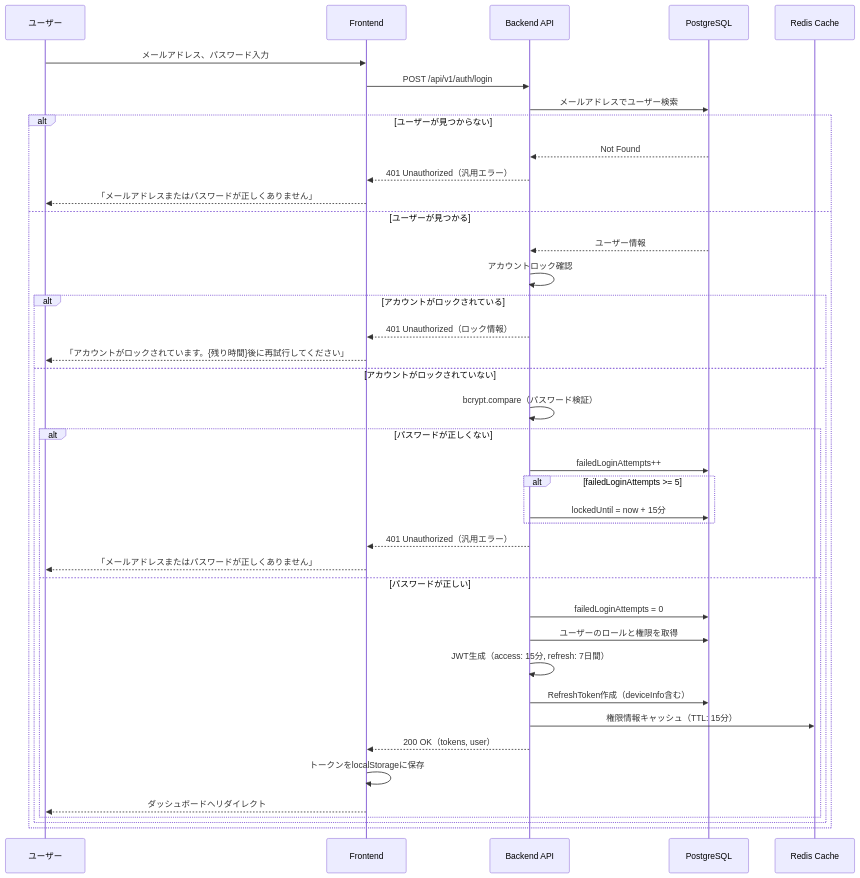
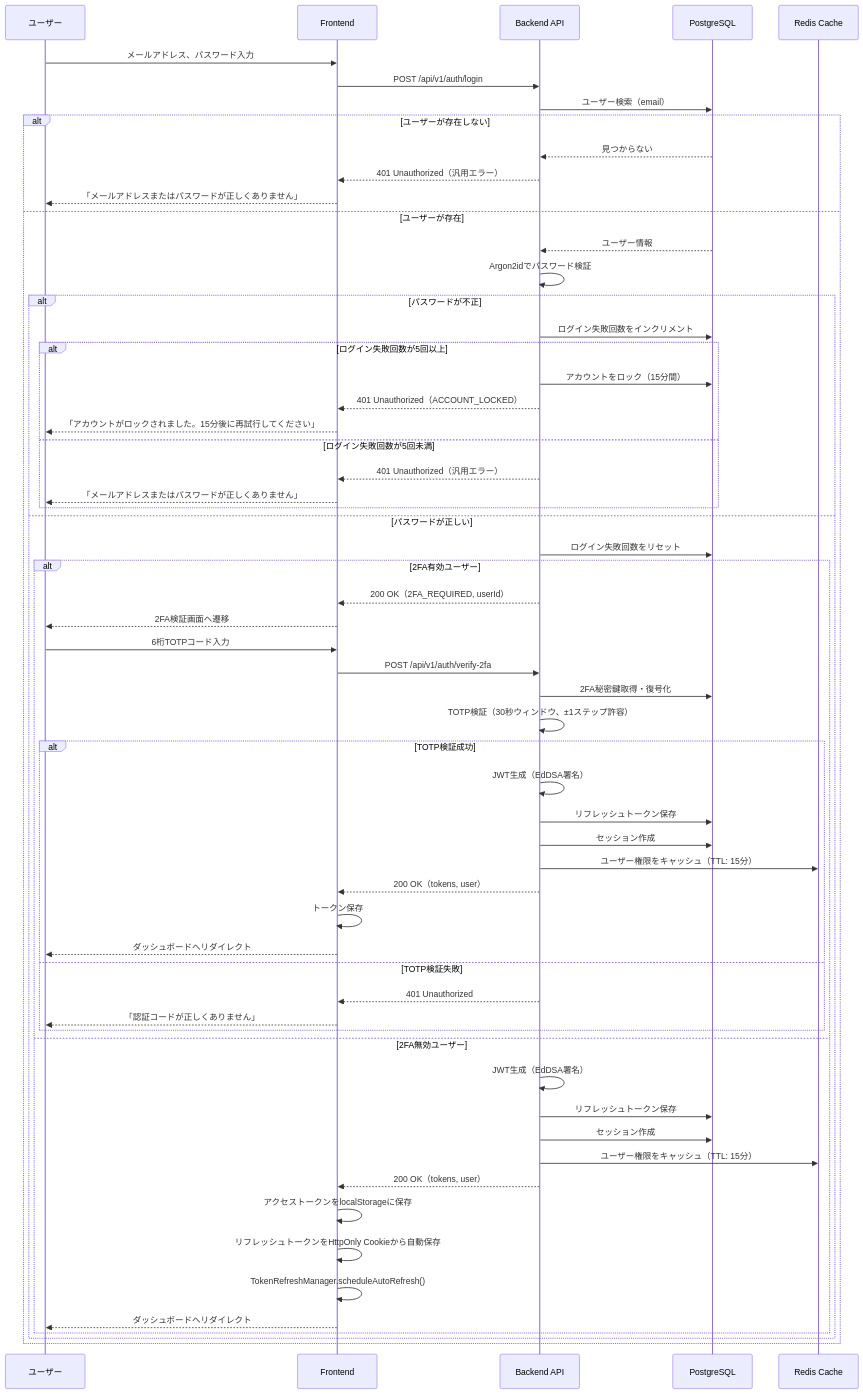
The fourth of 7 diagrams in .kiro/specs/user-authentication/design.md (inakanou/ArchiTrack), drawn with Mermaid before and after one commit. The commit also changed other lines of this file and 1 other file, not shown here.

First line of the commit message:
feat(spec): user-authentication技術設計書の完全生成（merge mode）

````diff
--- a/.kiro/specs/user-authentication/design.md
+++ b/.kiro/specs/user-authentication/design.md
@@ -493,43 +598,63 @@
 ```mermaid
 sequenceDiagram
     participant User as ユーザー
     participant Frontend as Frontend
     participant Backend as Backend API
     participant DB as PostgreSQL
     participant Redis as Redis Cache
 
     User->>Frontend: メールアドレス、パスワード入力
     Frontend->>Backend: POST /api/v1/auth/login
-    Backend->>DB: メールアドレスでユーザー検索
-    alt ユーザーが見つからない
-        DB-->>Backend: Not Found
+    Backend->>DB: ユーザー検索（email）
+    alt ユーザーが存在しない
+        DB-->>Backend: 見つからない
         Backend-->>Frontend: 401 Unauthorized（汎用エラー）
         Frontend-->>User: 「メールアドレスまたはパスワードが正しくありません」
-    else ユーザーが見つかる
+    else ユーザーが存在
         DB-->>Backend: ユーザー情報
-        Backend->>Backend: アカウントロック確認
-        alt アカウントがロックされている
-            Backend-->>Frontend: 401 Unauthorized（ロック情報）
-            Frontend-->>User: 「アカウントがロックされています。{残り時間}後に再試行してください」
-        else アカウントがロックされていない
-            Backend->>Backend: bcrypt.compare（パスワード検証）
-            alt パスワードが正しくない
-                Backend->>DB: failedLoginAttempts++
-                alt failedLoginAttempts >= 5
-                    Backend->>DB: lockedUntil = now + 15分
-                end
+        Backend->>Backend: Argon2idでパスワード検証
+        alt パスワードが不正
+            Backend->>DB: ログイン失敗回数をインクリメント
+            alt ログイン失敗回数が5回以上
+                Backend->>DB: アカウントをロック（15分間）
+                Backend-->>Frontend: 401 Unauthorized（ACCOUNT_LOCKED）
+                Frontend-->>User: 「アカウントがロックされました。15分後に再試行してください」
+            else ログイン失敗回数が5回未満
                 Backend-->>Frontend: 401 Unauthorized（汎用エラー）
                 Frontend-->>User: 「メールアドレスまたはパスワードが正しくありません」
-            else パスワードが正しい
-                Backend->>DB: failedLoginAttempts = 0
-                Backend->>DB: ユーザーのロールと権限を取得
-                Backend->>Backend: JWT生成（access: 15分, refresh: 7日間）
-                Backend->>DB: RefreshToken作成（deviceInfo含む）
-                Backend->>Redis: 権限情報キャッシュ（TTL: 15分）
+            end
+        else パスワードが正しい
+            Backend->>DB: ログイン失敗回数をリセット
+            alt 2FA有効ユーザー
+                Backend-->>Frontend: 200 OK（2FA_REQUIRED, userId）
+                Frontend-->>User: 2FA検証画面へ遷移
+                User->>Frontend: 6桁TOTPコード入力
+                Frontend->>Backend: POST /api/v1/auth/verify-2fa
+                Backend->>DB: 2FA秘密鍵取得・復号化
+                Backend->>Backend: TOTP検証（30秒ウィンドウ、±1ステップ許容）
+                alt TOTP検証成功
+                    Backend->>Backend: JWT生成（EdDSA署名）
+                    Backend->>DB: リフレッシュトークン保存
+                    Backend->>DB: セッション作成
+                    Backend->>Redis: ユーザー権限をキャッシュ（TTL: 15分）
+                    Backend-->>Frontend: 200 OK（tokens, user）
+                    Frontend->>Frontend: トークン保存
+                    Frontend-->>User: ダッシュボードへリダイレクト
+                else TOTP検証失敗
+                    Backend-->>Frontend: 401 Unauthorized
+                    Frontend-->>User: 「認証コードが正しくありません」
+                end
+            else 2FA無効ユーザー
+                Backend->>Backend: JWT生成（EdDSA署名）
+                Backend->>DB: リフレッシュトークン保存
+                Backend->>DB: セッション作成
+                Backend->>Redis: ユーザー権限をキャッシュ（TTL: 15分）
                 Backend-->>Frontend: 200 OK（tokens, user）
-                Frontend->>Frontend: トークンをlocalStorageに保存
+                Frontend->>Frontend: アクセストークンをlocalStorageに保存
+                Frontend->>Frontend: リフレッシュトークンをHttpOnly Cookieから自動保存
+                Frontend->>Frontend: TokenRefreshManager.scheduleAutoRefresh()
                 Frontend-->>User: ダッシュボードへリダイレクト
             end
         end
     end
 ```
````
